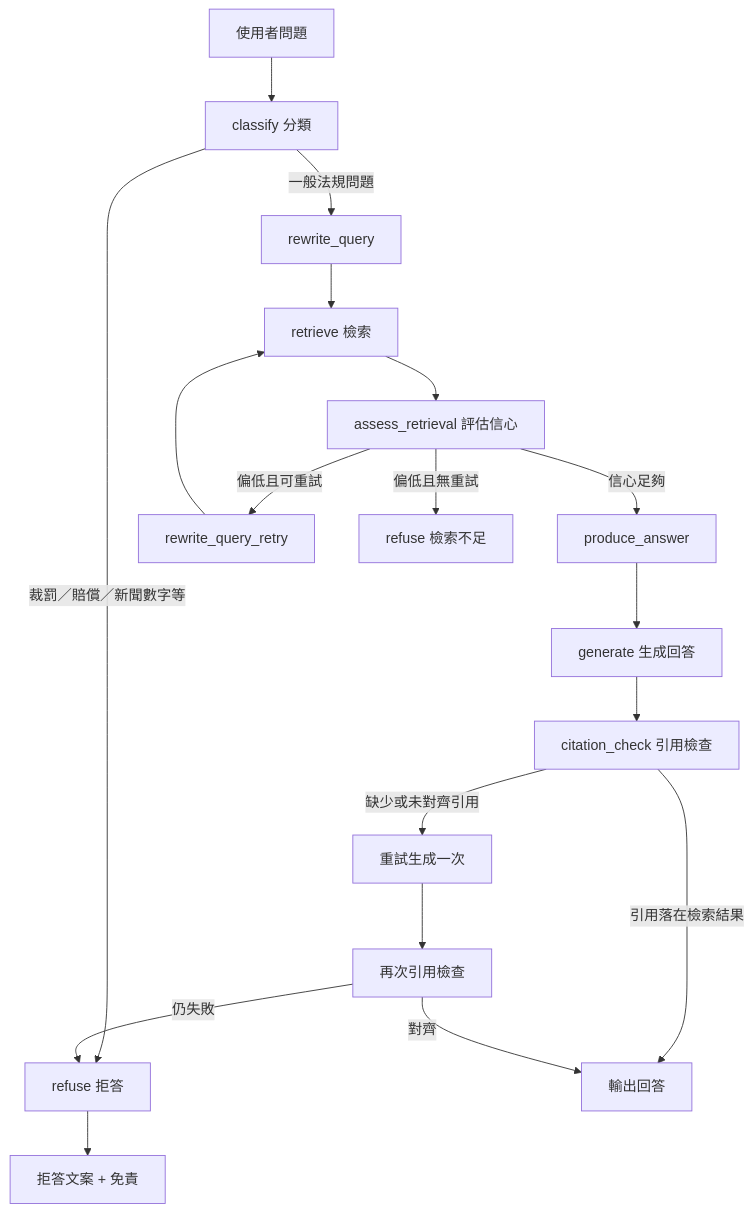
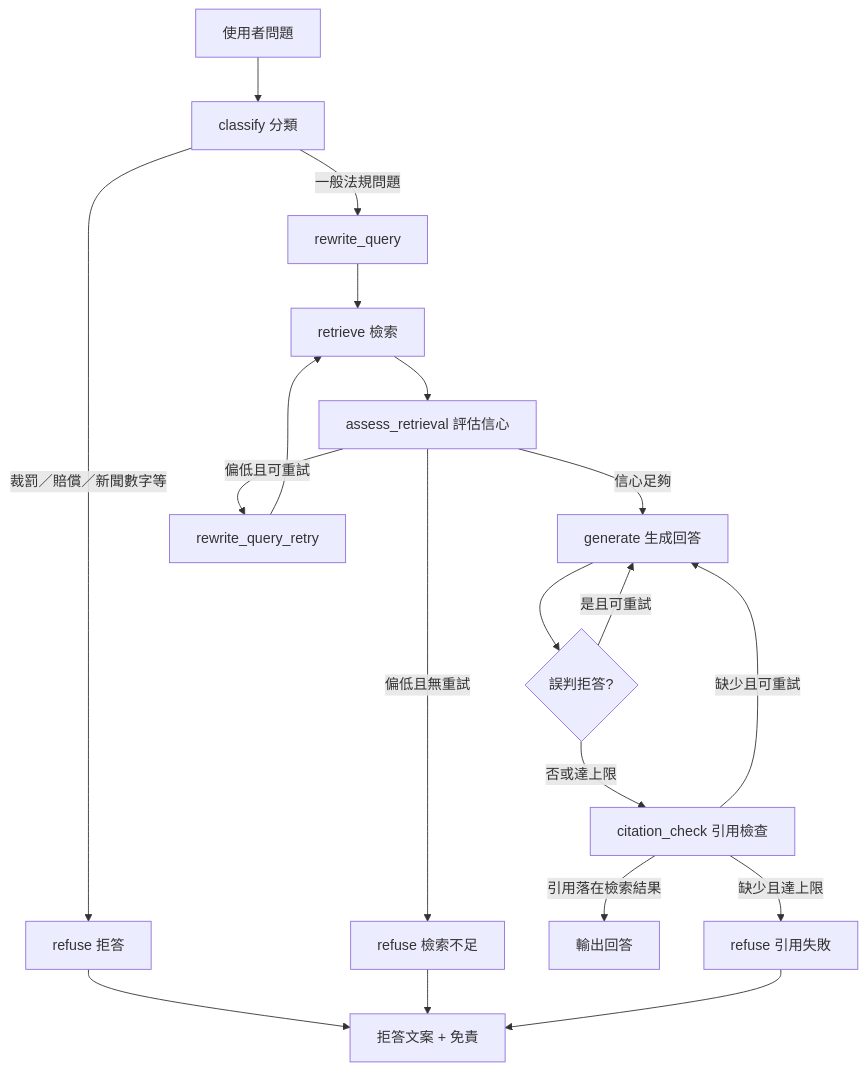
The diagram in readme-tw.md (poirotw66/fin-rag), drawn with Mermaid before and after one commit. The commit also changed other lines of this file and 11 other files, not shown here.

First line of the commit message:
feat: split LangGraph generate/citation nodes and expose observability fields.

````diff
--- a/readme-tw.md
+++ b/readme-tw.md
@@ -128,20 +129,21 @@
 ```mermaid
 flowchart TD
     Q[使用者問題] --> C[classify 分類]
     C -->|裁罰／賠償／新聞數字等| R[refuse 拒答]
     C -->|一般法規問題| RQ[rewrite_query]
     RQ --> RET[retrieve 檢索]
     RET --> AR[assess_retrieval 評估信心]
-    AR -->|信心足夠| PA[produce_answer]
+    AR -->|信心足夠| G[generate 生成回答]
     AR -->|偏低且可重試| RQR[rewrite_query_retry]
     RQR --> RET
     AR -->|偏低且無重試| RL[refuse 檢索不足]
-    PA --> G[generate 生成回答]
-    G --> CH[citation_check 引用檢查]
+    G --> RG{誤判拒答?}
+    RG -->|是且可重試| G
+    RG -->|否或達上限| CH[citation_check 引用檢查]
     CH -->|引用落在檢索結果| OUT[輸出回答]
-    CH -->|缺少或未對齊引用| RETRY[重試生成一次]
-    RETRY --> CH2[再次引用檢查]
-    CH2 -->|對齊| OUT
-    CH2 -->|仍失敗| R
+    CH -->|缺少且可重試| G
+    CH -->|缺少且達上限| RC[refuse 引用失敗]
     R --> REF[拒答文案 + 免責]
+    RL --> REF
+    RC --> REF
 ```
````
